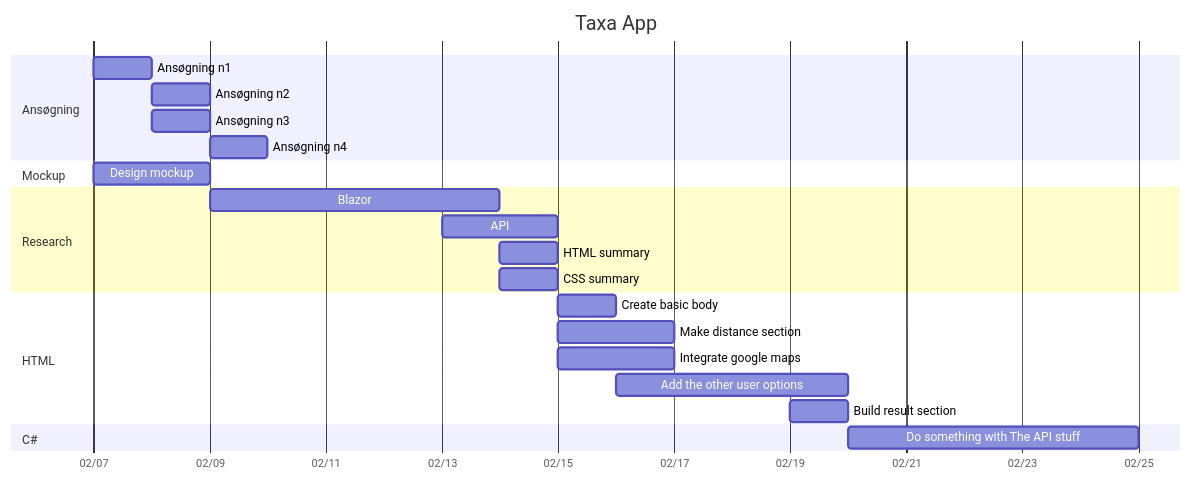
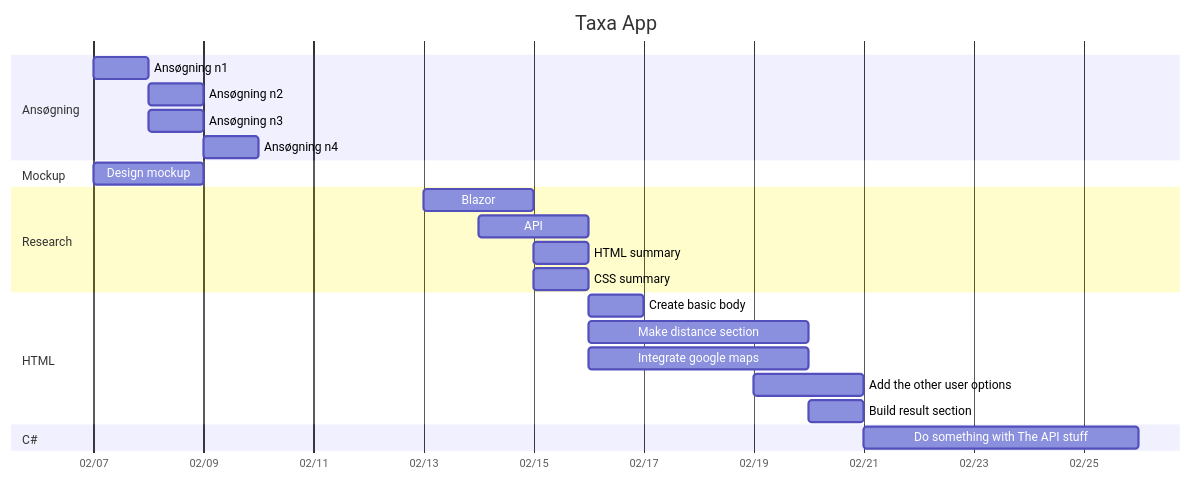
The diagram in README.md (Dyerag/Taxa-app), drawn with Mermaid before and after one commit.

````diff
--- a/README.md
+++ b/README.md
@@ -3,54 +3,54 @@
 ```mermaid
 
 gantt
 
     title Taxa App
 
     dateFormat DD-MM-YY
 
     axisFormat %m/%d
 
     section Ansøgning
 
     Ansøgning n1 : 07-02-24, 1d
 
     Ansøgning n2 : 08-02-24, 1d
 
     Ansøgning n3 : 08-02-24, 1d
 
     Ansøgning n4 : 09-02-24, 1d
 
 
     section Mockup
 
     Design mockup : 07-02-24, 2d
 
 
     section Research
 
-    Blazor : 09-02-24, 5d
+    Blazor : 13-02-24, 2d
 
-    API : 13-02-24, 2d
+    API : 14-02-24, 2d
 
-    HTML summary: 14-02-24, 1d
+    HTML summary: 15-02-24, 1d
 
-    CSS summary: 14-02-24, 1d
+    CSS summary: 15-02-24, 1d
 
 
     section HTML
 
-    Create basic body : 15-02-24, 1d
+    Create basic body : 16-02-24, 1d
 
-    Make distance section : 15-02-24, 2d
+    Make distance section : 16-02-24, 4d
 
-    Integrate google maps : 15-02-24, 2d 
+    Integrate google maps : 16-02-24, 4d 
 
-    Add the other user options : 16-02-24, 4d
+    Add the other user options : 19-02-24, 2d
 
-    Build result section : 19-02-24, 1d
+    Build result section : 20-02-24, 1d
 
 
     Section C#
 
-    Do something with The API stuff : 20-02-24, 5d
+    Do something with The API stuff : 21-02-24, 5d
 ```
````
